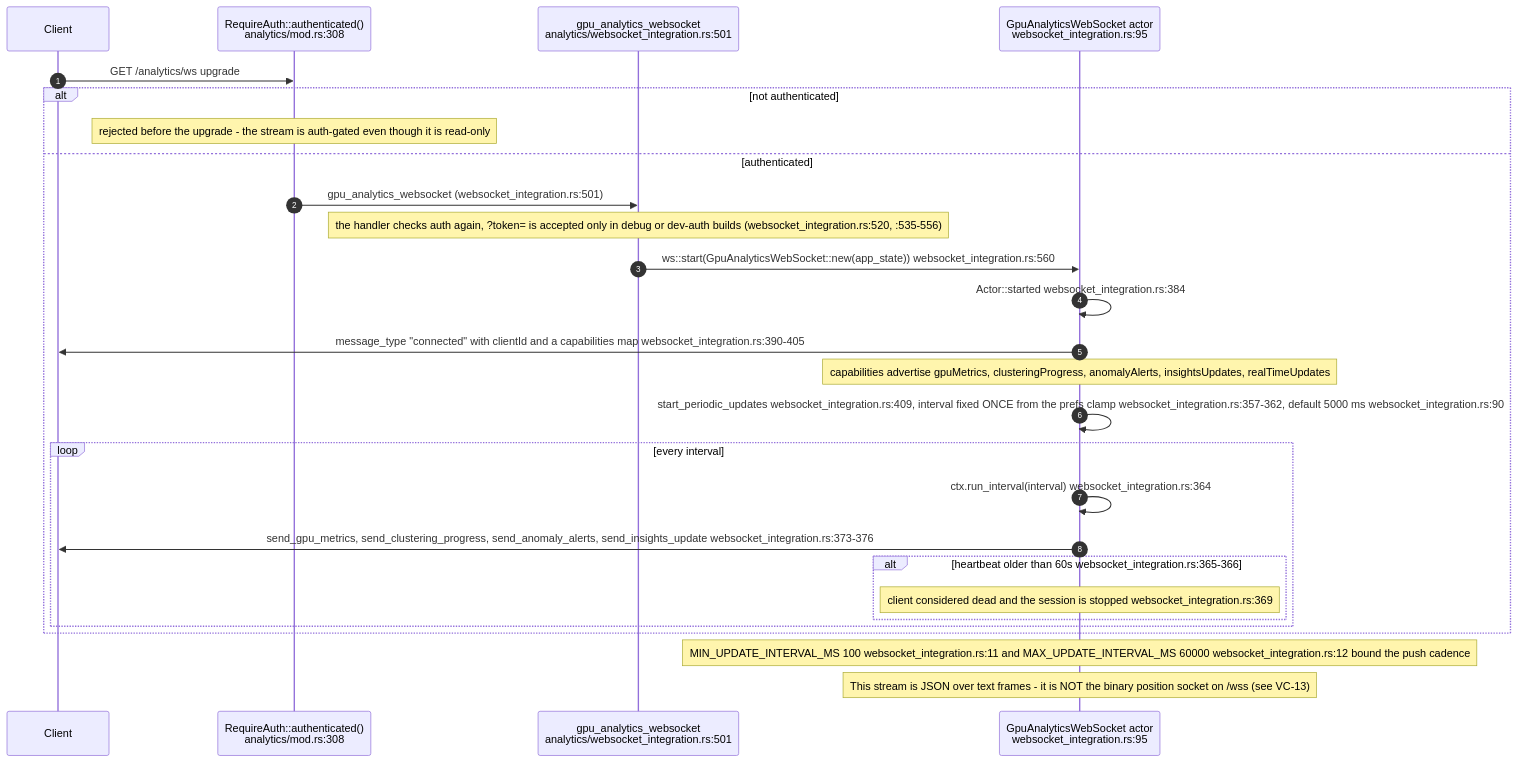
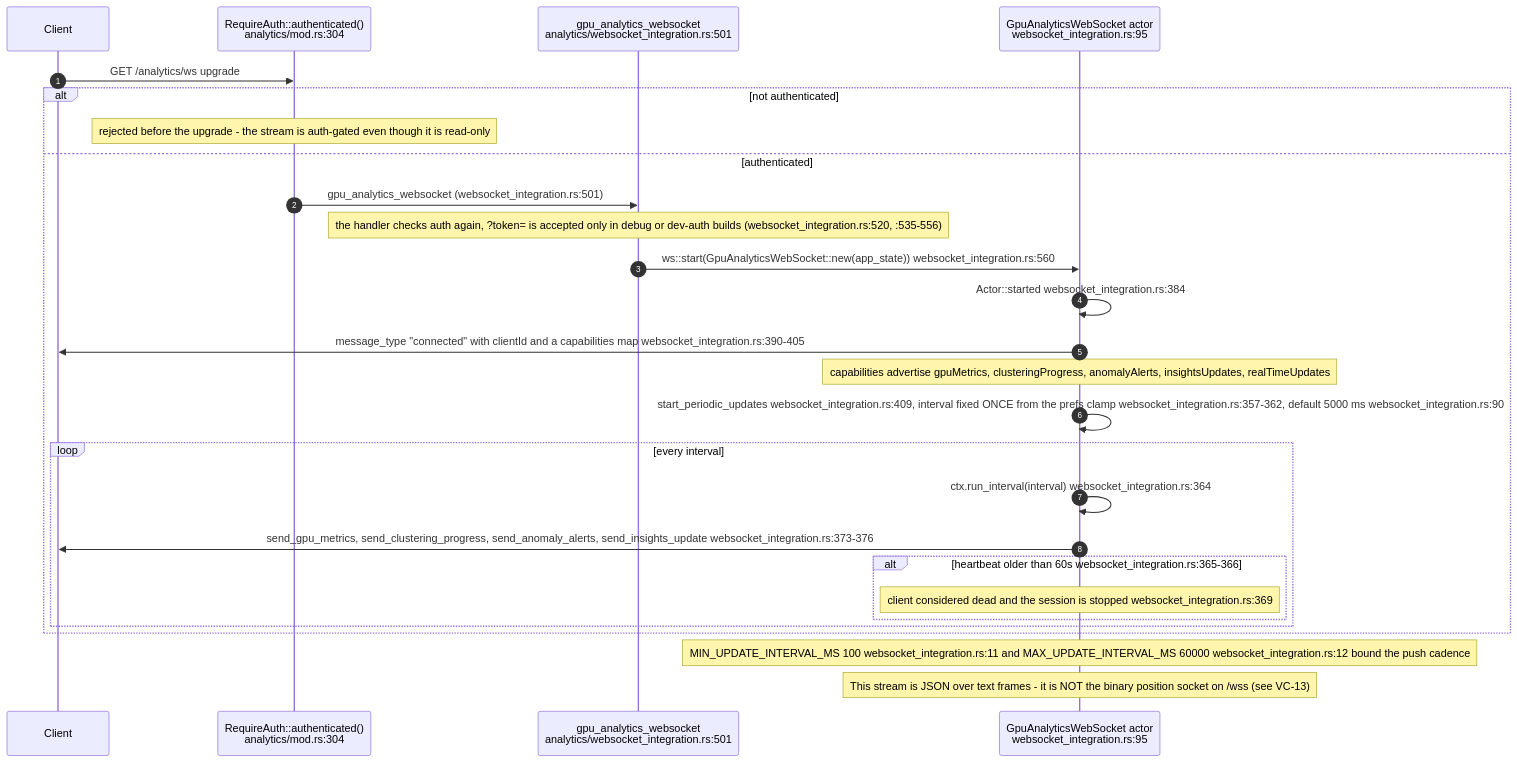
One commit to DreamLab-AI/VisionFlow changed the seventh of 10 diagrams in docs/diagrams/visionclaw/18-analytics-support-handlers.md. Above: the diagram before and after it, drawn with Mermaid. The commit also changed other lines of this file and 46 other files, not shown here.

Commit message:
docs(diagrams): re-verify VisionClaw topics at 809a859aa/a950f4d80 after the consolidation pass

````diff
--- a/docs/diagrams/visionclaw/18-analytics-support-handlers.md
+++ b/docs/diagrams/visionclaw/18-analytics-support-handlers.md
@@ -274,30 +278,30 @@
 ```mermaid
 sequenceDiagram
     autonumber
     participant C as Client
-    participant RT as RequireAuth::authenticated()<br/>analytics/mod.rs:308
+    participant RT as RequireAuth::authenticated()<br/>analytics/mod.rs:304
     participant WSH as gpu_analytics_websocket<br/>analytics/websocket_integration.rs:501
     participant A as GpuAnalyticsWebSocket actor<br/>websocket_integration.rs:95
 
     C->>RT: GET /analytics/ws upgrade
     alt not authenticated
         Note over RT: rejected before the upgrade - the stream is auth-gated even though it is read-only
     else authenticated
         RT->>WSH: gpu_analytics_websocket (websocket_integration.rs:501)
         Note over WSH: the handler checks auth again, ?token= is accepted only in debug or dev-auth builds (websocket_integration.rs:520, :535-556)
         WSH->>A: ws::start(GpuAnalyticsWebSocket::new(app_state)) websocket_integration.rs:560
         A->>A: Actor::started websocket_integration.rs:384
         A->>C: message_type "connected" with clientId and a capabilities map websocket_integration.rs:390-405
         Note over A: capabilities advertise gpuMetrics, clusteringProgress, anomalyAlerts, insightsUpdates, realTimeUpdates
         A->>A: start_periodic_updates websocket_integration.rs:409, interval fixed ONCE from the prefs clamp websocket_integration.rs:357-362, default 5000 ms websocket_integration.rs:90
         loop every interval
             A->>A: ctx.run_interval(interval) websocket_integration.rs:364
             A->>C: send_gpu_metrics, send_clustering_progress, send_anomaly_alerts, send_insights_update websocket_integration.rs:373-376
             alt heartbeat older than 60s websocket_integration.rs:365-366
                 Note over A: client considered dead and the session is stopped websocket_integration.rs:369
             end
         end
     end
     Note over A: MIN_UPDATE_INTERVAL_MS 100 websocket_integration.rs:11 and MAX_UPDATE_INTERVAL_MS 60000 websocket_integration.rs:12 bound the push cadence
     Note over A: This stream is JSON over text frames - it is NOT the binary position socket on /wss (see VC-13)
 ```
````
